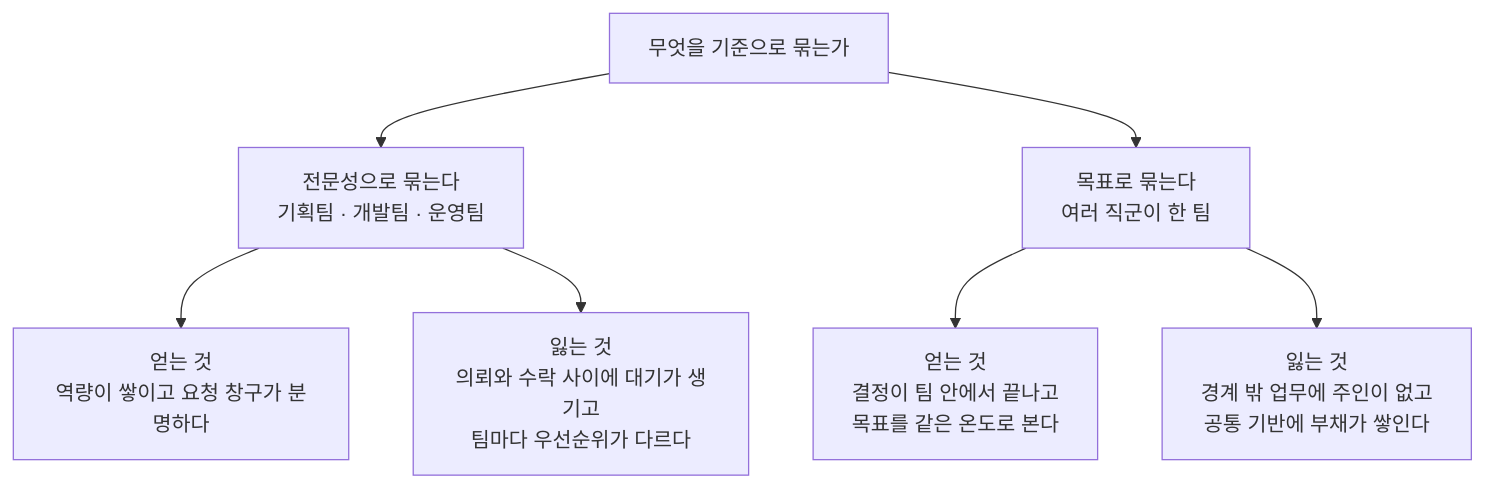
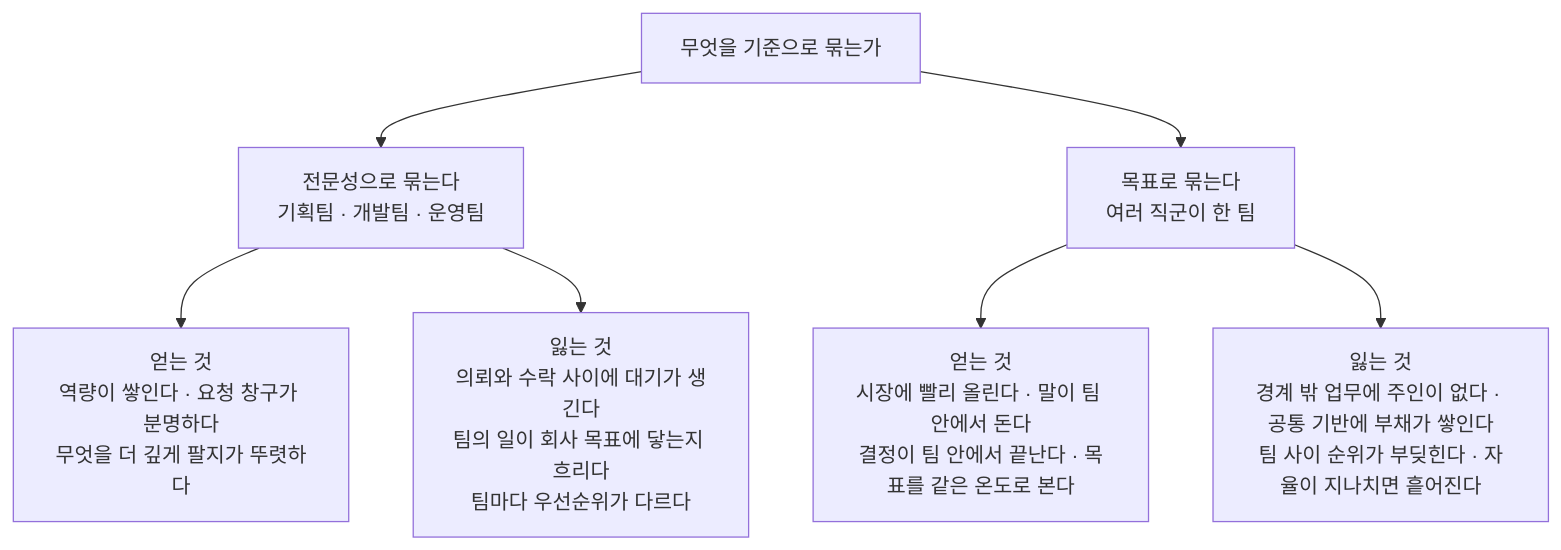
Before and after one commit to withwooyong/withwooyong.github.io: the diagram in content/blog/product-management/product-org-and-strategy.md, drawn with Mermaid. The commit also changed other lines of this file and 3 other files, not shown here.

````diff
--- a/content/blog/product-management/product-org-and-strategy.md
+++ b/content/blog/product-management/product-org-and-strategy.md
@@ -72,9 +72,9 @@
 ```mermaid
 flowchart TD
     Q["무엇을 기준으로 묶는가"] --> F["전문성으로 묶는다<br/>기획팀 · 개발팀 · 운영팀"]
     Q --> P["목표로 묶는다<br/>여러 직군이 한 팀"]
-    F --> FA["얻는 것<br/>역량이 쌓이고 요청 창구가 분명하다"]
-    F --> FB["잃는 것<br/>의뢰와 수락 사이에 대기가 생기고<br/>팀마다 우선순위가 다르다"]
-    P --> PA["얻는 것<br/>결정이 팀 안에서 끝나고<br/>목표를 같은 온도로 본다"]
-    P --> PB["잃는 것<br/>경계 밖 업무에 주인이 없고<br/>공통 기반에 부채가 쌓인다"]
+    F --> FA["얻는 것<br/>역량이 쌓인다 · 요청 창구가 분명하다<br/>무엇을 더 깊게 팔지가 뚜렷하다"]
+    F --> FB["잃는 것<br/>의뢰와 수락 사이에 대기가 생긴다<br/>팀의 일이 회사 목표에 닿는지 흐리다<br/>팀마다 우선순위가 다르다"]
+    P --> PA["얻는 것<br/>시장에 빨리 올린다 · 말이 팀 안에서 돈다<br/>결정이 팀 안에서 끝난다 · 목표를 같은 온도로 본다"]
+    P --> PB["잃는 것<br/>경계 밖 업무에 주인이 없다 · 공통 기반에 부채가 쌓인다<br/>팀 사이 순위가 부딪힌다 · 자율이 지나치면 흩어진다"]
 ```
````
